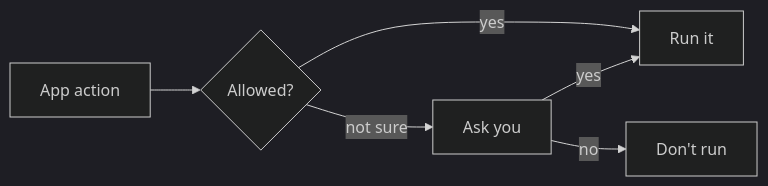
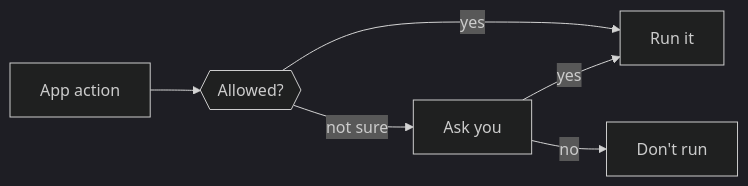
Before and after one commit to n8n-io/nod: the first of 3 diagrams in docs/src/content/docs/contribute/write-docs.mdx, drawn with Mermaid (dark theme). The commit also changed other lines of this file and 54 other files, not shown here.

````diff
--- a/docs/src/content/docs/contribute/write-docs.mdx
+++ b/docs/src/content/docs/contribute/write-docs.mdx
@@ -292,8 +292,8 @@
 ```mermaid
 flowchart LR
-  action[App action] --> check{Allowed?}
+  action[App action] --> check{{Allowed?}}
   check -- yes --> run[Run it]:::go
   check -- not sure --> ask[Ask you]:::accent
   ask -- no --> stop[Don't run]:::stop
   ask -- yes --> run
 ```
````
